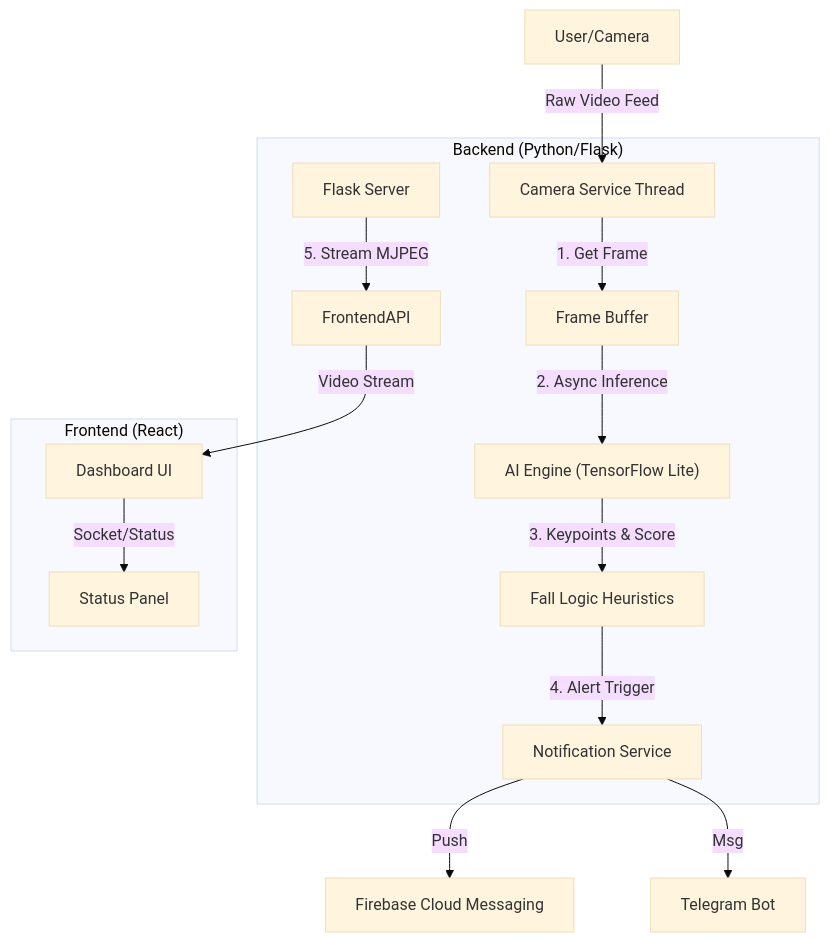
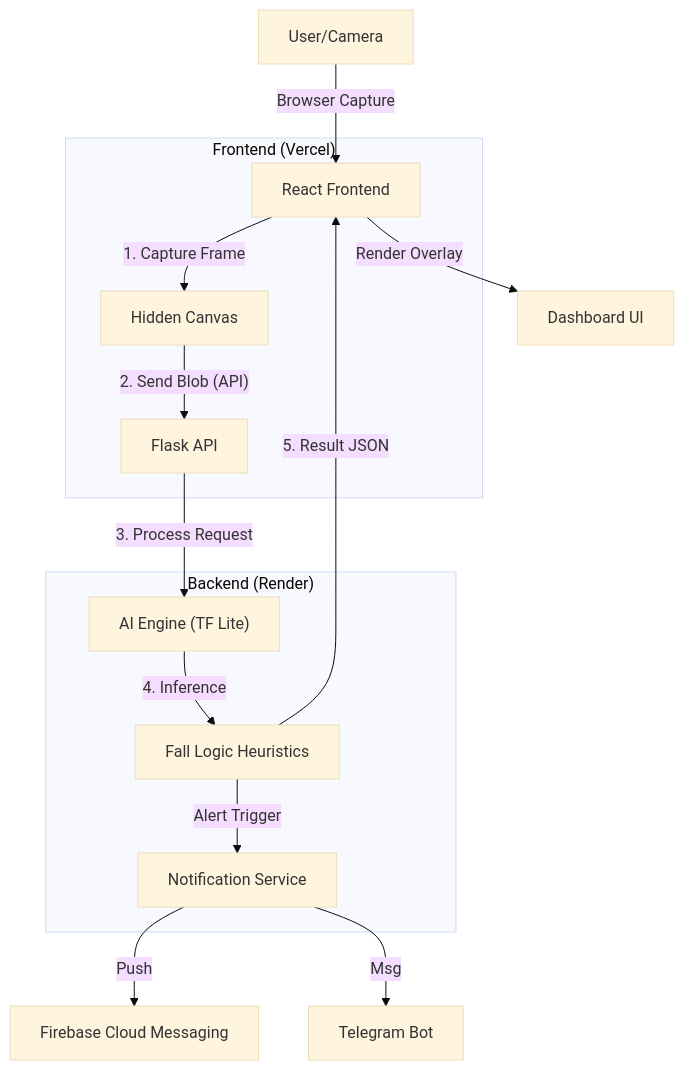
Before and after one commit to PANTH217/ORION_Guardian_AI: the diagram in README.md, drawn with Mermaid (base theme). The commit also changed other lines of this file, not shown here.

Commit message:
Docs: Update README with deployment guide and architecture changes

````diff
--- a/README.md
+++ b/README.md
@@ -23,20 +23,20 @@
 ```mermaid
 graph TD
-    User[User/Camera] -->|Raw Video Feed| CamService[Camera Service Thread]
+    User[User/Camera] -->|Browser Capture| Frontend[React Frontend]
     
-    subgraph "Backend (Python/Flask)"
-        CamService --1. Get Frame--> AsyncBuffer[Frame Buffer]
-        AsyncBuffer --2. Async Inference--> AIEngine["AI Engine (TensorFlow Lite)"]
-        AIEngine --3. Keypoints & Score--> Logic[Fall Logic Heuristics]
-        Logic --4. Alert Trigger--> Notifier[Notification Service]
-        Verifier[Flask Server] --5. Stream MJPEG--> FrontendAPI
+    subgraph "Frontend (Vercel)"
+        Frontend --1. Capture Frame--> Canvas[Hidden Canvas]
+        Canvas --2. Send Blob (API)--> BackendAPI
+    end
+
+    subgraph "Backend (Render)"
+        BackendAPI[Flask API] --3. Process Request--> AIEngine["AI Engine (TF Lite)"]
+        AIEngine --4. Inference--> Logic[Fall Logic Heuristics]
+        Logic --5. Result JSON--> Frontend
+        Logic --Alert Trigger--> Notifier[Notification Service]
     end
     
-    subgraph "Frontend (React)"
-        FrontendAPI -->|Video Stream| Dashboard[Dashboard UI]
-        Dashboard -->|Socket/Status| StatusPanel[Status Panel]
-    end
-    
+    Frontend -->|Render Overlay| Dashboard[Dashboard UI]
     Notifier -->|Push| Firebase[Firebase Cloud Messaging]
     Notifier -->|Msg| Telegram[Telegram Bot]
 ```
````
